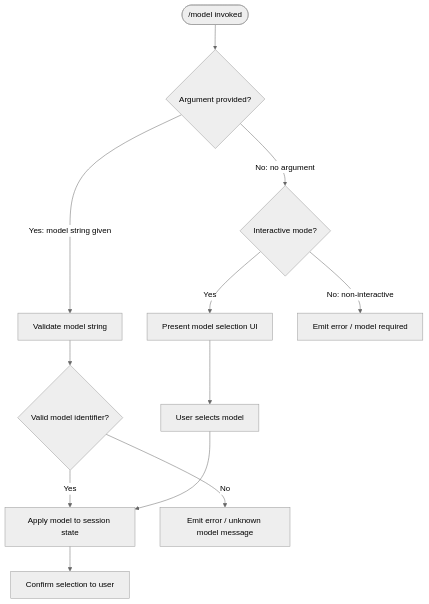
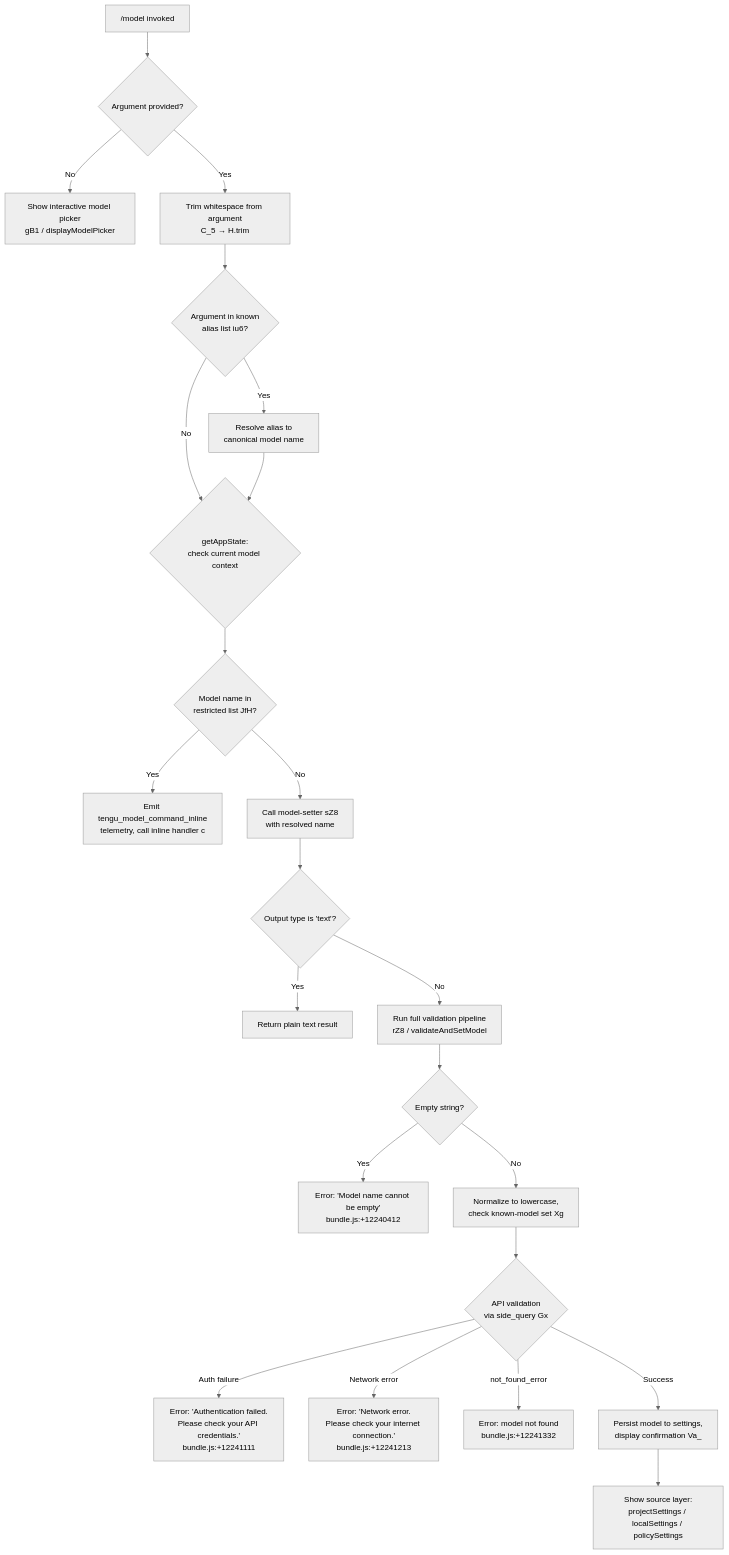
The diagram in versions/v2.1.150/model.md (MyLittleLuckyDog/cc-gnothi), drawn with Mermaid (neutral theme) before and after one commit. The commit also changed other lines of this file and 496 other files, not shown here.

````diff
--- a/versions/v2.1.150/model.md
+++ b/versions/v2.1.150/model.md
@@ -54,14 +56,25 @@
 ```mermaid
 flowchart TD
-    A(["/model invoked"]) --> B{Argument provided?}
-    B -- "Yes: model string given" --> C[Validate model string]
-    C --> D{Valid model identifier?}
-    D -- "Yes" --> E[Apply model to session state]
-    E --> F[Confirm selection to user]
-    D -- "No" --> G[Emit error / unknown model message]
-    B -- "No: no argument" --> H{Interactive mode?}
-    H -- "Yes" --> I[Present model selection UI]
-    I --> J[User selects model]
-    J --> E
-    H -- "No: non-interactive" --> K[Emit error / model required]
+    A["/model invoked"] --> B{Argument provided?}
+    B -- No --> C[Show interactive model picker\ngB1 / displayModelPicker]
+    B -- Yes --> D[Trim whitespace from argument\nC_5 → H.trim]
+    D --> E{Argument in known\nalias list iu6?}
+    E -- Yes --> F[Resolve alias to\ncanonical model name]
+    E -- No --> G{getAppState:\ncheck current model context}
+    F --> G
+    G --> H{Model name in\nrestricted list JfH?}
+    H -- Yes --> I[Emit tengu_model_command_inline\ntelemetry, call inline handler c]
+    H -- No --> J[Call model-setter sZ8\nwith resolved name]
+    J --> K{Output type is 'text'?}
+    K -- Yes --> L[Return plain text result]
+    K -- No --> M[Run full validation pipeline\nrZ8 / validateAndSetModel]
+    M --> N{Empty string?}
+    N -- Yes --> O[Error: 'Model name cannot be empty'\nbundle.js:+12240412]
+    N -- No --> P[Normalize to lowercase,\ncheck known-model set Xg]
+    P --> Q{API validation\nvia side_query Gx}
+    Q -- Auth failure --> R[Error: 'Authentication failed.\nPlease check your API credentials.'\nbundle.js:+12241111]
+    Q -- Network error --> S[Error: 'Network error.\nPlease check your internet connection.'\nbundle.js:+12241213]
+    Q -- not_found_error --> T[Error: model not found\nbundle.js:+12241332]
+    Q -- Success --> U[Persist model to settings,\ndisplay confirmation Va_]
+    U --> V[Show source layer:\nprojectSettings / localSettings / policySettings]
 ```
````
